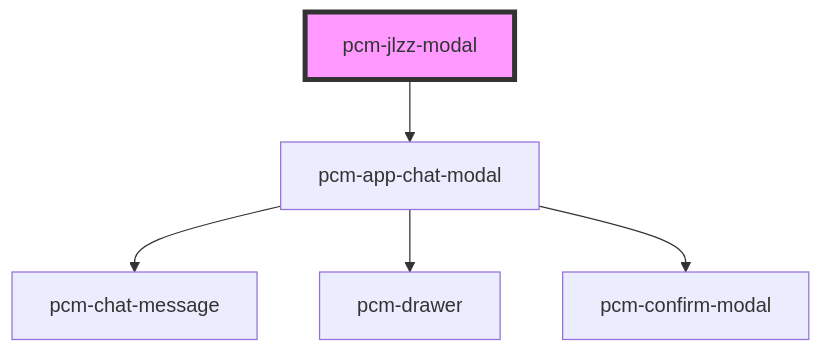
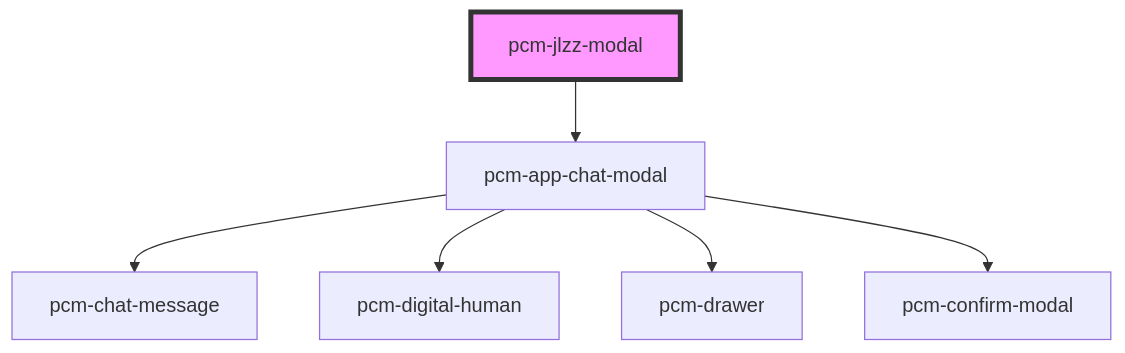
One commit to Pincaimao/pcm-agents-sdk changed the diagram in packages/pcm-agents/docs/components/pcm-jlzz-modal/readme.md. Above: the diagram before and after it, drawn with Mermaid. The commit also changed 15 other files, not shown here.

````diff
--- a/packages/pcm-agents/docs/components/pcm-jlzz-modal/readme.md
+++ b/packages/pcm-agents/docs/components/pcm-jlzz-modal/readme.md
@@ -46,8 +46,9 @@
 ```mermaid
 graph TD;
   pcm-jlzz-modal --> pcm-app-chat-modal
   pcm-app-chat-modal --> pcm-chat-message
+  pcm-app-chat-modal --> pcm-digital-human
   pcm-app-chat-modal --> pcm-drawer
   pcm-app-chat-modal --> pcm-confirm-modal
   style pcm-jlzz-modal fill:#f9f,stroke:#333,stroke-width:4px
 ```
````
